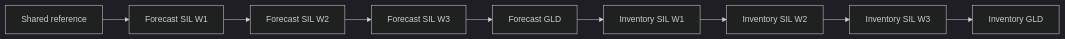
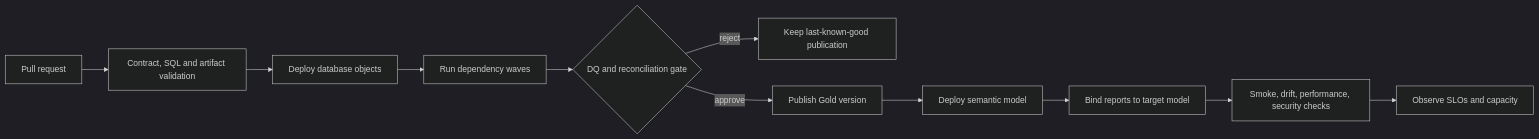
One commit to vothai17072002/fabric-medallion-supply-chain-platform changed the second of 2 diagrams in README.md. Above: the diagram before and after it, drawn with Mermaid (dark theme). The commit also changed other lines of this file and 21 other files, not shown here.

Commit message:
feat: publish executable senior platform architecture

````diff
--- a/README.md
+++ b/README.md
@@ -63,11 +143,13 @@
 ```mermaid
 flowchart LR
-    R[Shared reference] --> FS1[Forecast SIL W1]
-    FS1 --> FS2[Forecast SIL W2]
-    FS2 --> FS3[Forecast SIL W3]
-    FS3 --> FG[Forecast GLD]
-    FG --> IS1[Inventory SIL W1]
-    IS1 --> IS2[Inventory SIL W2]
-    IS2 --> IS3[Inventory SIL W3]
-    IS3 --> IG[Inventory GLD]
+    PR[Pull request] --> CI[Contract, SQL and artifact validation]
+    CI --> DB[Deploy database objects]
+    DB --> ORCH[Run dependency waves]
+    ORCH --> GATE{DQ and reconciliation gate}
+    GATE -->|reject| LKG[Keep last-known-good publication]
+    GATE -->|approve| PUB[Publish Gold version]
+    PUB --> MODEL[Deploy semantic model]
+    MODEL --> BIND[Bind reports to target model]
+    BIND --> PROVE[Smoke, drift, performance, security checks]
+    PROVE --> OBS[Observe SLOs and capacity]
 ```
````
